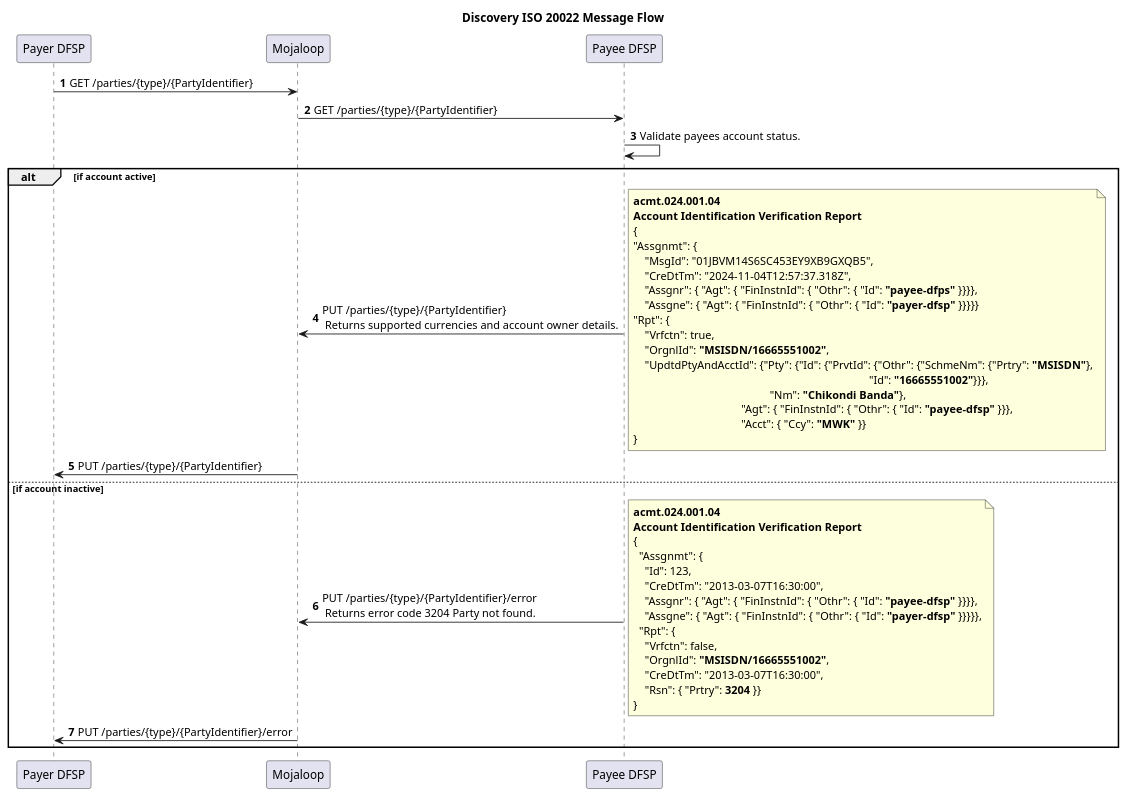
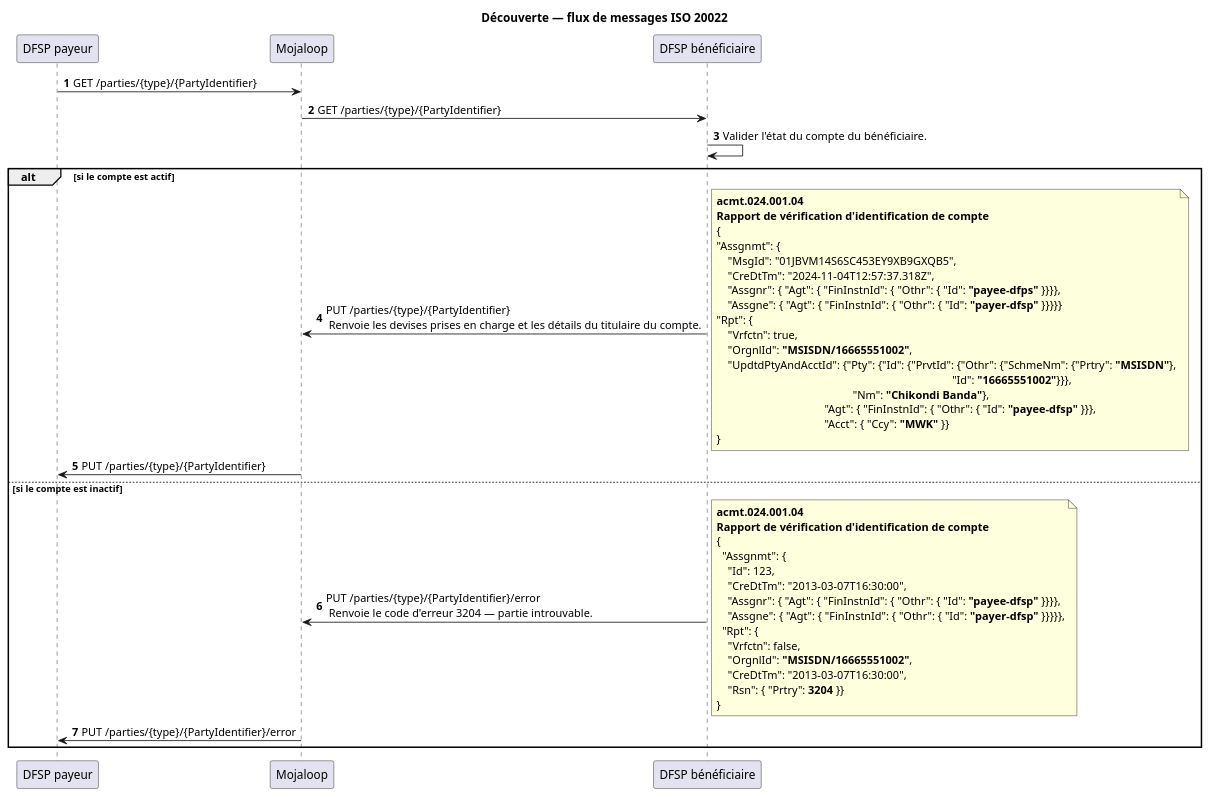
Before and after one commit to mojaloop/documentation: the diagram in docs/fr/product/features/Iso20022/v1.0/SequenceDiagrams/Discovery.plantuml, drawn with PlantUML. The commit also changed 55 other files, not shown here.

Commit message:
feat: update French translations for Currency Conversion documentation and diagrams

```diff
--- a/docs/fr/product/features/Iso20022/v1.0/SequenceDiagrams/Discovery.plantuml
+++ b/docs/fr/product/features/Iso20022/v1.0/SequenceDiagrams/Discovery.plantuml
@@ -1,59 +1,59 @@
 @startuml
 
-Title Discovery ISO 20022 Message Flow
-participant PayerDFSP as "Payer DFSP"
+Title Découverte — flux de messages ISO 20022
+participant PayerDFSP as "DFSP payeur"
 participant Mojaloop as "Mojaloop"
-participant PayeeDFSP as "Payee DFSP"
+participant PayeeDFSP as "DFSP bénéficiaire"
 
 autonumber
 
 PayerDFSP -> Mojaloop: GET /parties/{type}/{PartyIdentifier}
 Mojaloop -> PayeeDFSP: GET /parties/{type}/{PartyIdentifier}
-PayeeDFSP -> PayeeDFSP: Validate payees account status.
-alt if account active
-PayeeDFSP -> Mojaloop: PUT /parties/{type}/{PartyIdentifier} \n Returns supported currencies and account owner details.
+PayeeDFSP -> PayeeDFSP: Valider l'état du compte du bénéficiaire.
+alt si le compte est actif
+PayeeDFSP -> Mojaloop: PUT /parties/{type}/{PartyIdentifier} \n Renvoie les devises prises en charge et les détails du titulaire du compte.
 note right
 **acmt.024.001.04**
-**Account Identification Verification Report**
+**Rapport de vérification d'identification de compte**
 {
 "Assgnmt": {
     "MsgId": "01JBVM14S6SC453EY9XB9GXQB5",
     "CreDtTm": "2024-11-04T12:57:37.318Z",
     "Assgnr": { "Agt": { "FinInstnId": { "Othr": { "Id": **"payee-dfps"** }}}},
     "Assgne": { "Agt": { "FinInstnId": { "Othr": { "Id": **"payer-dfsp"** }}}}}
 "Rpt": {
     "Vrfctn": true,
     "OrgnlId": **"MSISDN/16665551002"**,
     "UpdtdPtyAndAcctId": {"Pty": {"Id": {"PrvtId": {"Othr": {"SchmeNm": {"Prtry": **"MSISDN"**},
                                                                                    "Id": **"16665551002"**}}},
                                                 "Nm": **"Chikondi Banda"**},
                                       "Agt": { "FinInstnId": { "Othr": { "Id": **"payee-dfsp"** }}},
                                       "Acct": { "Ccy": **"MWK"** }}
 }
 end note
 Mojaloop -> PayerDFSP: PUT /parties/{type}/{PartyIdentifier}
 
-else if account inactive
+else si le compte est inactif
 
-PayeeDFSP -> Mojaloop: PUT /parties/{type}/{PartyIdentifier}/error \n Returns error code 3204 Party not found.
+PayeeDFSP -> Mojaloop: PUT /parties/{type}/{PartyIdentifier}/error \n Renvoie le code d'erreur 3204 — partie introuvable.
 note right
 **acmt.024.001.04**
-**Account Identification Verification Report**
+**Rapport de vérification d'identification de compte**
 {
   "Assgnmt": {
     "Id": 123,
     "CreDtTm": "2013-03-07T16:30:00",
     "Assgnr": { "Agt": { "FinInstnId": { "Othr": { "Id": **"payee-dfsp"** }}}},
     "Assgne": { "Agt": { "FinInstnId": { "Othr": { "Id": **"payer-dfsp"** }}}}},
   "Rpt": {
     "Vrfctn": false,
     "OrgnlId": **"MSISDN/16665551002"**,
     "CreDtTm": "2013-03-07T16:30:00",
     "Rsn": { "Prtry": **3204** }}
 }
 end note
 Mojaloop -> PayerDFSP: PUT /parties/{type}/{PartyIdentifier}/error
 
 end
 
 @enduml
```
